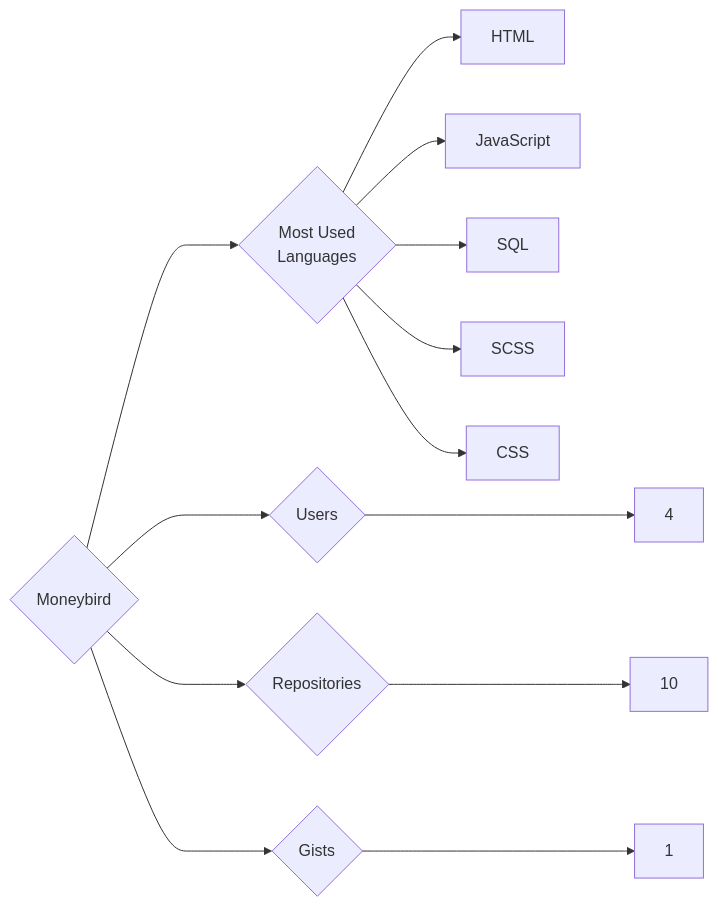
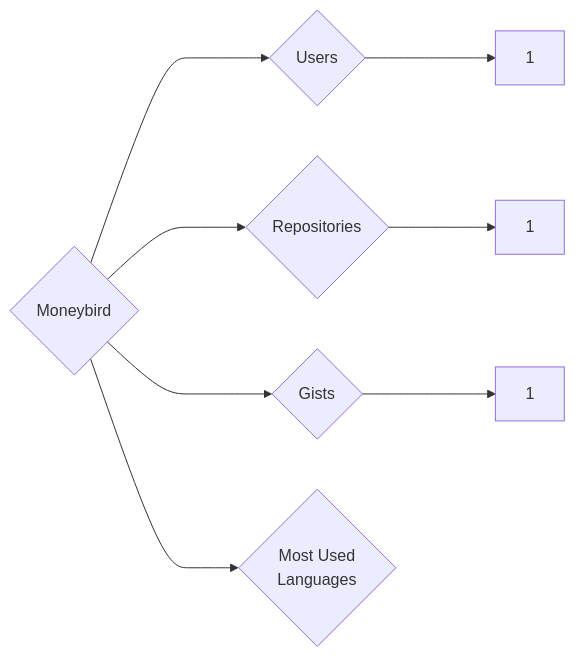
Before and after one commit to trickest/insiders: the diagram in targets/Moneybird/README.md, drawn with Mermaid. The commit also changed 1011 other files, not shown here.

````diff
--- a/targets/Moneybird/README.md
+++ b/targets/Moneybird/README.md
@@ -3,13 +3,8 @@
 ```mermaid
 graph LR
 COMPANY_NAME{Moneybird}
-COMPANY_NAME ---> U{Users} ---> UN[4]
-COMPANY_NAME ---> R{Repositories} ---> RN[10]
+COMPANY_NAME ---> U{Users} ---> UN[1]
+COMPANY_NAME ---> R{Repositories} ---> RN[1]
 COMPANY_NAME ---> G{Gists} ---> GN[1]
 COMPANY_NAME ---> ML{Most Used<br>Languages}
-ML --> HTML[HTML]
-ML --> JavaScript[JavaScript]
-ML --> SQL[SQL]
-ML --> SCSS[SCSS]
-ML --> CSS[CSS]
 ```
````
